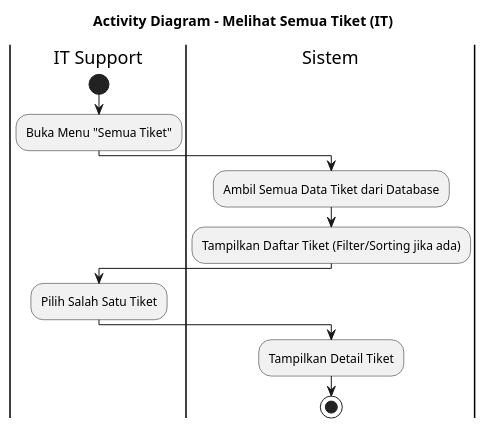
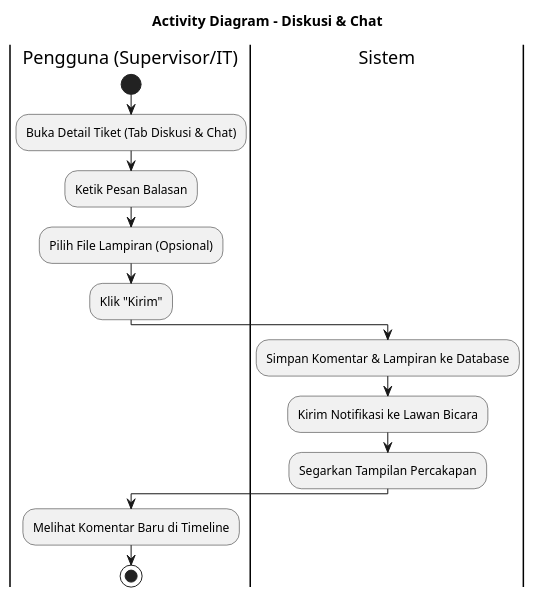
The fourth of 14 diagrams in docs/activity-diagrams.puml (mrahmatfadila/bissmillah-skripsi-web), drawn with PlantUML before and after one commit. The commit also changed other lines of this file and 62 other files, not shown here.

Commit message:
Update database and seeds with real Terminal 2 & 3 supervisor data and sync other project files

```diff
--- a/docs/activity-diagrams.puml
+++ b/docs/activity-diagrams.puml
@@ -58,14 +66,16 @@
-@startuml activity_melihat_semua_tiket
-title Activity Diagram - Melihat Semua Tiket (IT)
-|IT Support|
+@startuml activity_diskusi_chat
+title Activity Diagram - Diskusi & Chat
+|Pengguna (Supervisor/IT)|
 start
-:Buka Menu "Semua Tiket";
+:Buka Detail Tiket (Tab Diskusi & Chat);
+:Ketik Pesan Balasan;
+:Pilih File Lampiran (Opsional);
+:Klik "Kirim";
 |Sistem|
-:Ambil Semua Data Tiket dari Database;
-:Tampilkan Daftar Tiket (Filter/Sorting jika ada);
-|IT Support|
-:Pilih Salah Satu Tiket;
-|Sistem|
-:Tampilkan Detail Tiket;
+:Simpan Komentar & Lampiran ke Database;
+:Kirim Notifikasi ke Lawan Bicara;
+:Segarkan Tampilan Percakapan;
+|Pengguna (Supervisor/IT)|
+:Melihat Komentar Baru di Timeline;
 stop
 @enduml
```
